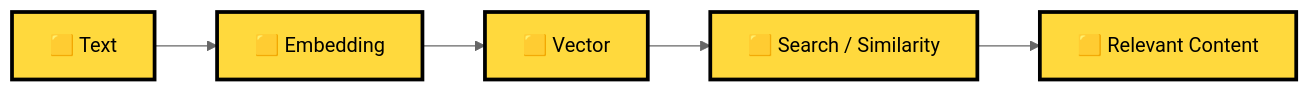
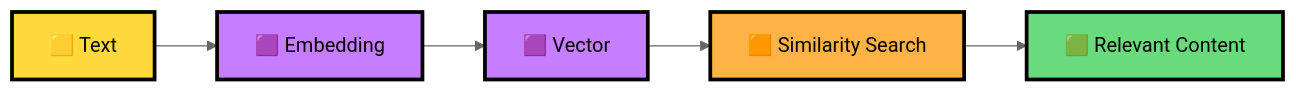
One commit to azam123/awesome-ai-engineer changed diagram 38 of 40 in GenAI-AgenticAI-MultiAgent-RAG-AgentHarness.md. Above: the diagram before and after it, drawn with Mermaid (neutral theme). The commit also changed other lines of this file, not shown here.

Commit message:
docs: enhance AI mental model with colorful concept flows

````diff
--- a/GenAI-AgenticAI-MultiAgent-RAG-AgentHarness.md
+++ b/GenAI-AgenticAI-MultiAgent-RAG-AgentHarness.md
@@ -4653,10 +4711,20 @@
 ```mermaid
 flowchart LR
-    A["🟨 Text"] --> B["🟨 Embedding"]
-    B --> C["🟨 Vector"]
-    C --> D["🟨 Search / Similarity"]
-    D --> E["🟨 Relevant Content"]
+    A["🟨 Text"]
+    B["🟪 Embedding"]
+    C["🟪 Vector"]
+    D["🟧 Similarity Search"]
+    E["🟩 Relevant Content"]
+
+    A --> B --> C --> D --> E
 
     classDef yellow fill:#FFD93D,color:#000,stroke:#000,stroke-width:3px;
-    class A,B,C,D,E yellow;
+    classDef purple fill:#C77DFF,color:#000,stroke:#000,stroke-width:3px;
+    classDef orange fill:#FFB347,color:#000,stroke:#000,stroke-width:3px;
+    classDef green fill:#69DB7C,color:#000,stroke:#000,stroke-width:3px;
+
+    class A yellow;
+    class B,C purple;
+    class D orange;
+    class E green;
 ```
````
